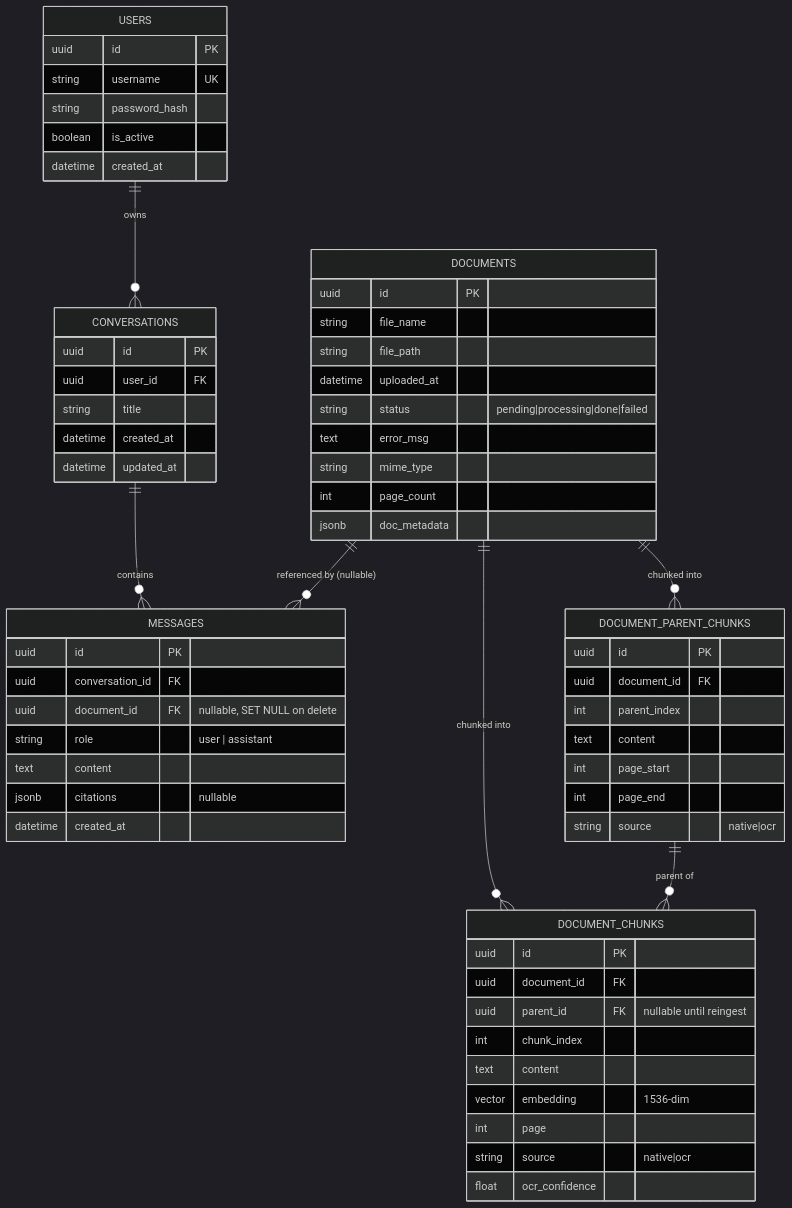
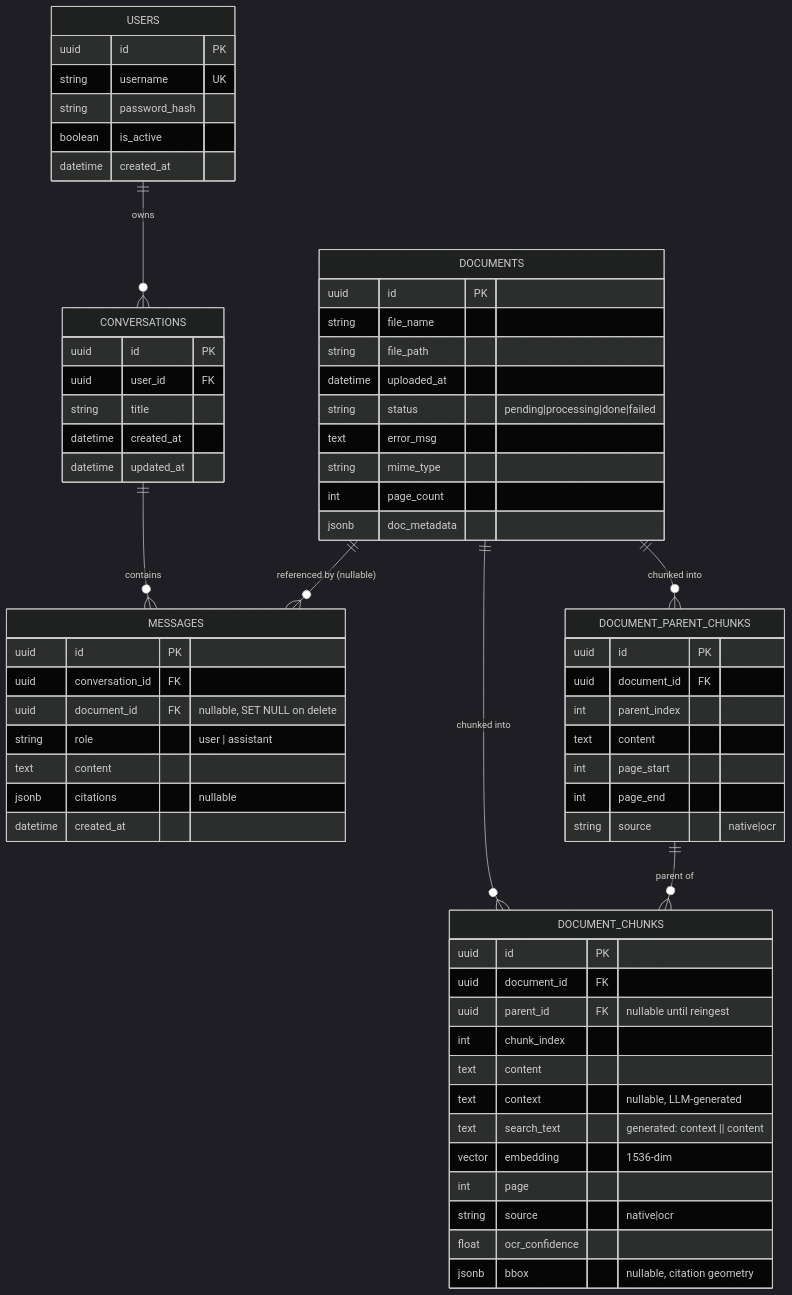
The diagram in wiki/03-data-model.md (duyot/chatbot), drawn with Mermaid (dark theme) before and after one commit. The commit also changed other lines of this file and 3 other files, not shown here.

````diff
--- a/wiki/03-data-model.md
+++ b/wiki/03-data-model.md
@@ -7,64 +12,67 @@
 ```mermaid
 erDiagram
     USERS ||--o{ CONVERSATIONS : owns
     CONVERSATIONS ||--o{ MESSAGES : contains
     DOCUMENTS ||--o{ MESSAGES : "referenced by (nullable)"
     DOCUMENTS ||--o{ DOCUMENT_PARENT_CHUNKS : "chunked into"
     DOCUMENTS ||--o{ DOCUMENT_CHUNKS : "chunked into"
     DOCUMENT_PARENT_CHUNKS ||--o{ DOCUMENT_CHUNKS : "parent of"
 
     USERS {
         uuid id PK
         string username UK
         string password_hash
         boolean is_active
         datetime created_at
     }
     CONVERSATIONS {
         uuid id PK
         uuid user_id FK
         string title
         datetime created_at
         datetime updated_at
     }
     MESSAGES {
         uuid id PK
         uuid conversation_id FK
         uuid document_id FK "nullable, SET NULL on delete"
         string role "user | assistant"
         text content
         jsonb citations "nullable"
         datetime created_at
     }
     DOCUMENTS {
         uuid id PK
         string file_name
         string file_path
         datetime uploaded_at
         string status "pending|processing|done|failed"
         text error_msg
         string mime_type
         int page_count
         jsonb doc_metadata
     }
     DOCUMENT_PARENT_CHUNKS {
         uuid id PK
         uuid document_id FK
         int parent_index
         text content
         int page_start
         int page_end
         string source "native|ocr"
     }
     DOCUMENT_CHUNKS {
         uuid id PK
         uuid document_id FK
         uuid parent_id FK "nullable until reingest"
         int chunk_index
         text content
+        text context "nullable, LLM-generated"
+        text search_text "generated: context || content"
         vector embedding "1536-dim"
         int page
         string source "native|ocr"
         float ocr_confidence
+        jsonb bbox "nullable, citation geometry"
     }
 ```
````
